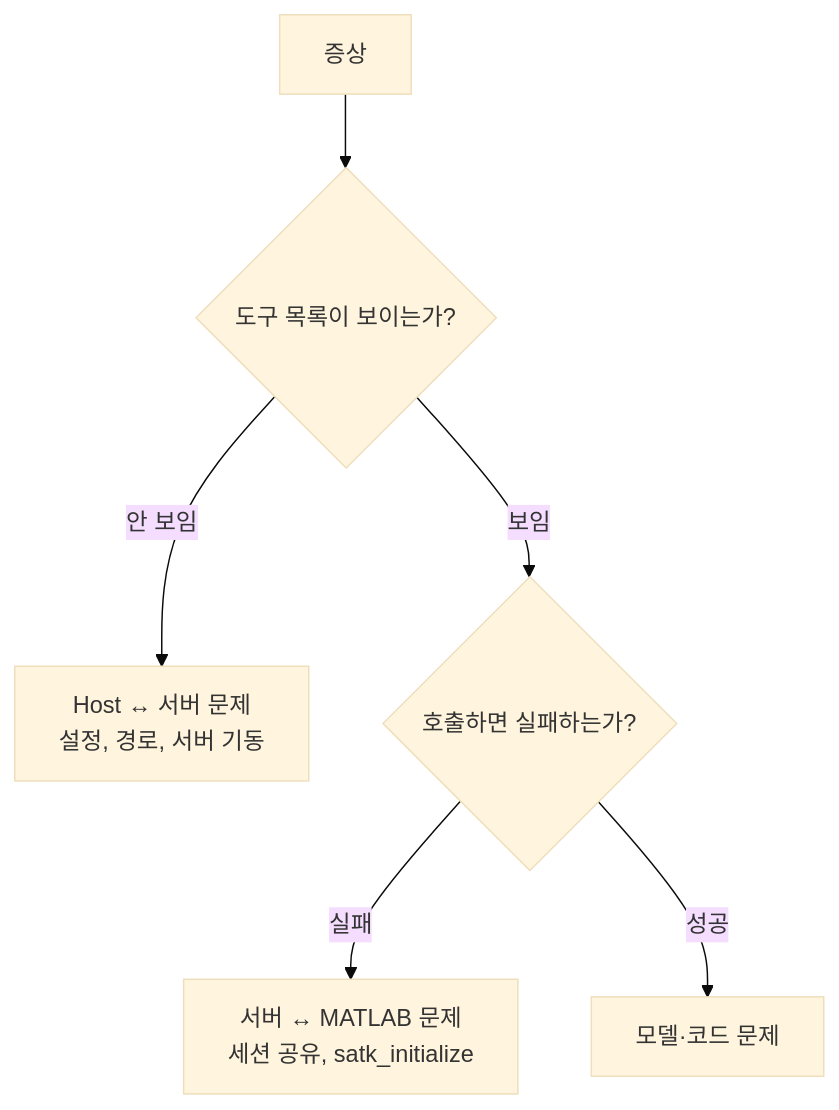
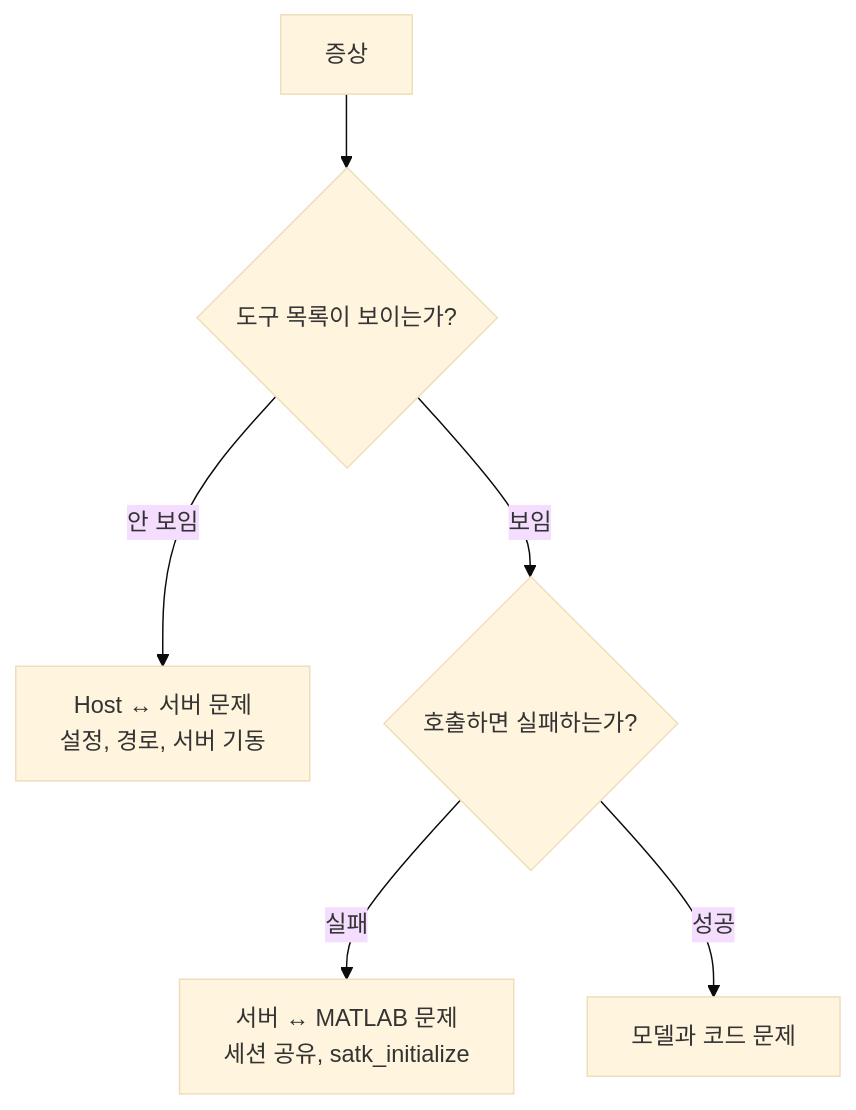
The diagram in _posts/mcp/2026-07-20-12-mcp-troubleshooting.md (genie4youu/genie4youu.github.io), drawn with Mermaid (base theme) before and after one commit. The commit also changed other lines of this file and 100 other files, not shown here.

````diff
--- a/_posts/mcp/2026-07-20-12-mcp-troubleshooting.md
+++ b/_posts/mcp/2026-07-20-12-mcp-troubleshooting.md
@@ -19,8 +19,8 @@
 ```mermaid
 flowchart TD
     A["증상"] --> B{"도구 목록이 보이는가?"}
     B -->|안 보임| C["Host ↔ 서버 문제<br/>설정, 경로, 서버 기동"]
     B -->|보임| D{"호출하면 실패하는가?"}
     D -->|실패| E["서버 ↔ MATLAB 문제<br/>세션 공유, satk_initialize"]
-    D -->|성공| F["모델·코드 문제"]
+    D -->|성공| F["모델과 코드 문제"]
 ```
````
